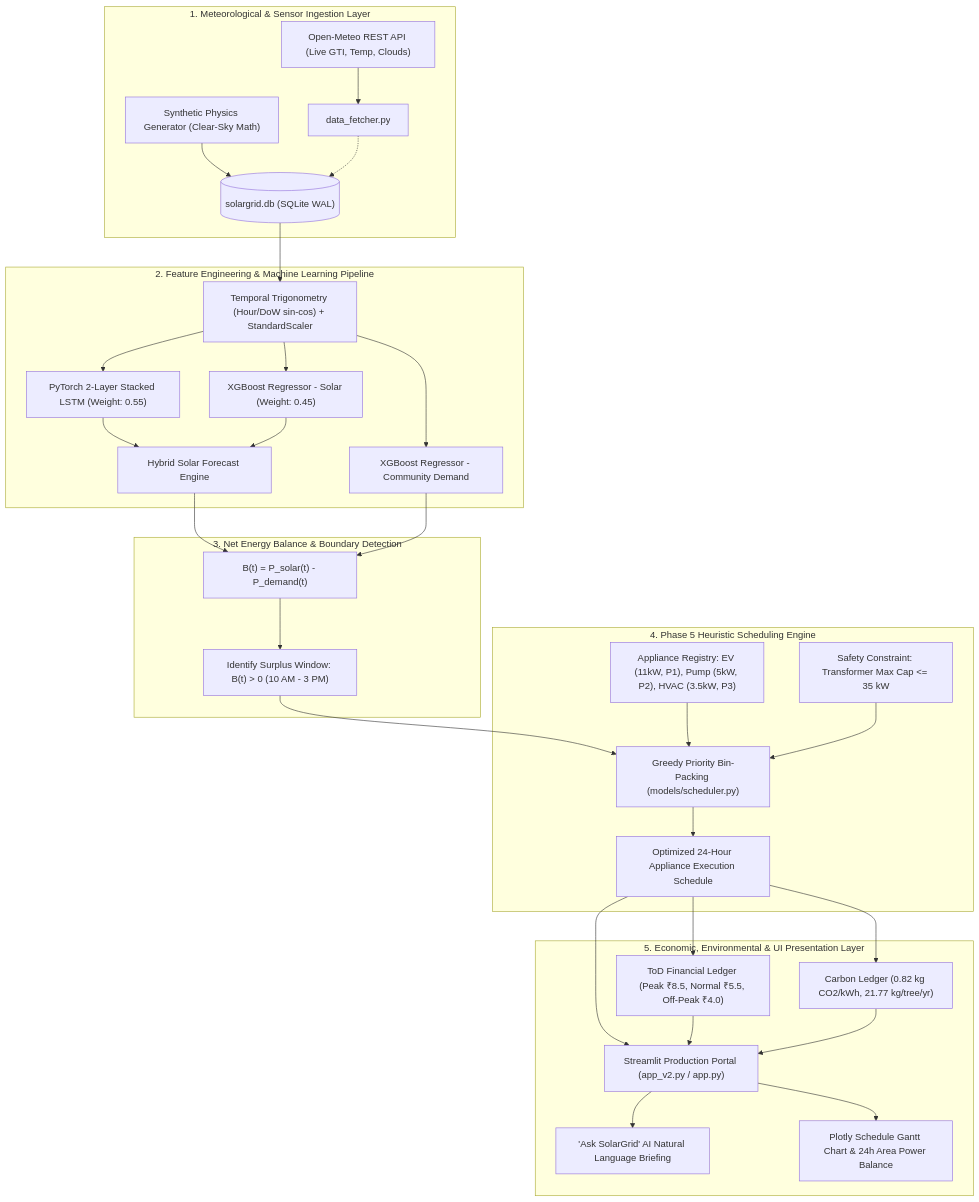
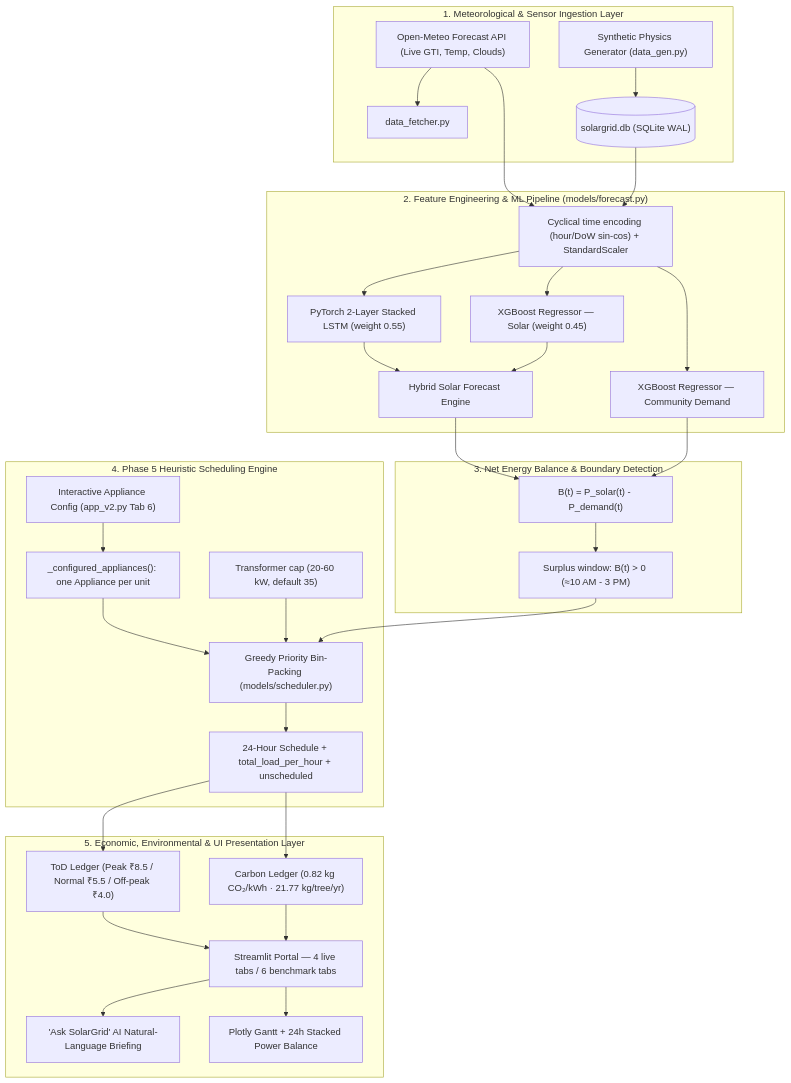
One commit to suryanshgupta0703-cyber/SOLAR_GRID changed the diagram in DPR.md. Above: the diagram before and after it, drawn with Mermaid. The commit also changed other lines of this file and 2 other files, not shown here.

````diff
--- a/DPR.md
+++ b/DPR.md
@@ -97,40 +100,40 @@
 ```mermaid
 flowchart TD
     subgraph Layer1["1. Meteorological & Sensor Ingestion Layer"]
-        OM["Open-Meteo REST API (Live GTI, Temp, Clouds)"] --> DF["data_fetcher.py"]
-        DG["Synthetic Physics Generator (Clear-Sky Math)"] --> DB[("solargrid.db (SQLite WAL)")]
-        DF -.-> DB
+        OM["Open-Meteo Forecast API (Live GTI, Temp, Clouds)"] --> DF["data_fetcher.py"]
+        DG["Synthetic Physics Generator (data_gen.py)"] --> DB[("solargrid.db (SQLite WAL)")]
     end
 
-    subgraph Layer2["2. Feature Engineering & Machine Learning Pipeline"]
-        DB --> FeatEng["Temporal Trigonometry (Hour/DoW sin-cos) + StandardScaler"]
-        FeatEng --> LSTM["PyTorch 2-Layer Stacked LSTM (Weight: 0.55)"]
-        FeatEng --> XGB_S["XGBoost Regressor - Solar (Weight: 0.45)"]
-        FeatEng --> XGB_D["XGBoost Regressor - Community Demand"]
+    subgraph Layer2["2. Feature Engineering & ML Pipeline (models/forecast.py)"]
+        DB --> FeatEng["Cyclical time encoding (hour/DoW sin-cos) + StandardScaler"]
+        OM --> FeatEng
+        FeatEng --> LSTM["PyTorch 2-Layer Stacked LSTM (weight 0.55)"]
+        FeatEng --> XGB_S["XGBoost Regressor — Solar (weight 0.45)"]
+        FeatEng --> XGB_D["XGBoost Regressor — Community Demand"]
         LSTM --> Ensemble["Hybrid Solar Forecast Engine"]
         XGB_S --> Ensemble
     end
 
     subgraph Layer3["3. Net Energy Balance & Boundary Detection"]
         Ensemble --> Balance["B(t) = P_solar(t) - P_demand(t)"]
         XGB_D --> Balance
-        Balance --> SurplusWindow["Identify Surplus Window: B(t) > 0 (10 AM - 3 PM)"]
+        Balance --> SurplusWindow["Surplus window: B(t) > 0 (≈10 AM - 3 PM)"]
     end
 
     subgraph Layer4["4. Phase 5 Heuristic Scheduling Engine"]
         SurplusWindow --> Sched["Greedy Priority Bin-Packing (models/scheduler.py)"]
-        AppRegistry["Appliance Registry: EV (11kW, P1), Pump (5kW, P2), HVAC (3.5kW, P3)"] --> Sched
-        TransformerCap["Safety Constraint: Transformer Max Cap <= 35 kW"] --> Sched
-        Sched --> Timetable["Optimized 24-Hour Appliance Execution Schedule"]
+        UI["Interactive Appliance Config (app_v2.py Tab 6)"] --> Cfg["_configured_appliances(): one Appliance per unit"]
+        Cfg --> Sched
+        Cap["Transformer cap (20-60 kW, default 35)"] --> Sched
+        Sched --> Timetable["24-Hour Schedule + total_load_per_hour + unscheduled"]
     end
 
     subgraph Layer5["5. Economic, Environmental & UI Presentation Layer"]
-        Timetable --> ToD["ToD Financial Ledger (Peak ₹8.5, Normal ₹5.5, Off-Peak ₹4.0)"]
-        Timetable --> Carbon["Carbon Ledger (0.82 kg CO2/kWh, 21.77 kg/tree/yr)"]
-        Timetable --> AppV2["Streamlit Production Portal (app_v2.py / app.py)"]
-        ToD --> AppV2
+        Timetable --> ToD["ToD Ledger (Peak ₹8.5 / Normal ₹5.5 / Off-peak ₹4.0)"]
+        Timetable --> Carbon["Carbon Ledger (0.82 kg CO₂/kWh · 21.77 kg/tree/yr)"]
+        ToD --> AppV2["Streamlit Portal — 4 live tabs / 6 benchmark tabs"]
         Carbon --> AppV2
-        AppV2 --> AISummary["'Ask SolarGrid' AI Natural Language Briefing"]
-        AppV2 --> GanttChart["Plotly Schedule Gantt Chart & 24h Area Power Balance"]
+        AppV2 --> AISummary["'Ask SolarGrid' AI Natural-Language Briefing"]
+        AppV2 --> GanttChart["Plotly Gantt + 24h Stacked Power Balance"]
     end
 ```
````
